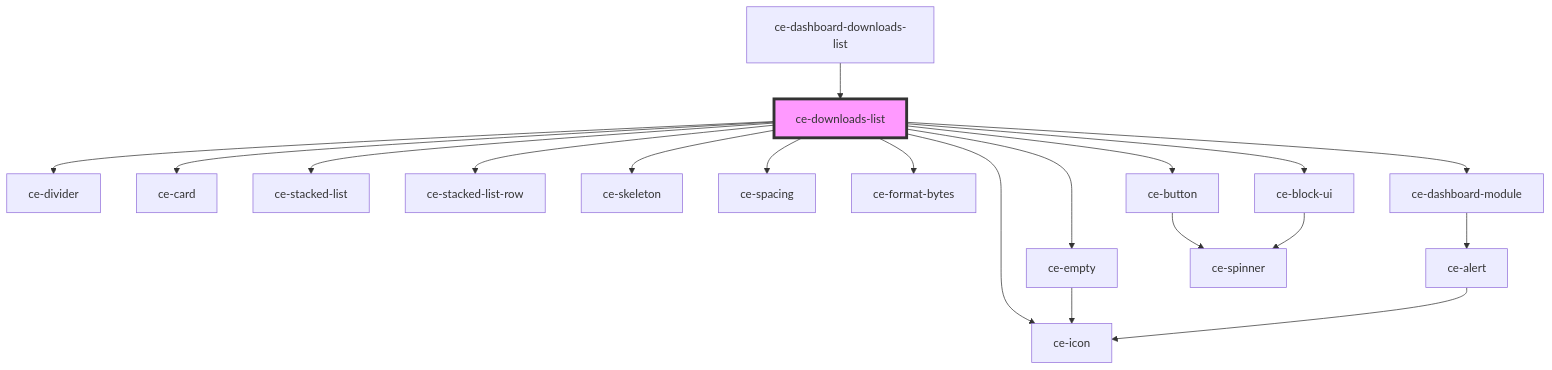
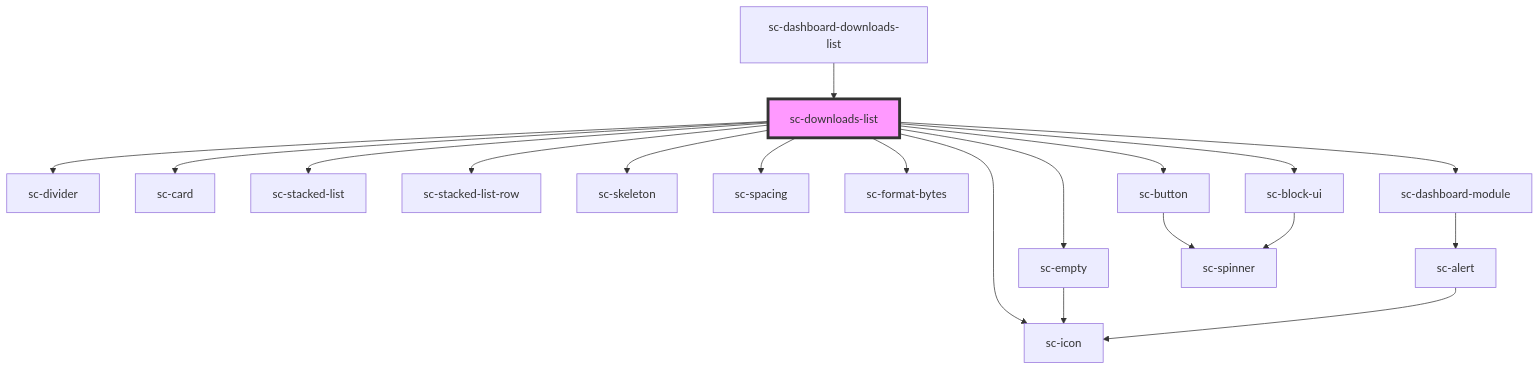
One commit to surecart/surecart-wp-plugin changed the diagram in packages/components/src/components/ui/downloads-list/readme.md. Above: the diagram before and after it, drawn with Mermaid. The commit also changed other lines of this file and 1281 other files, not shown here.

````diff
--- a/packages/components/src/components/ui/downloads-list/readme.md
+++ b/packages/components/src/components/ui/downloads-list/readme.md
@@ -43,22 +43,22 @@
 ```mermaid
 graph TD;
-  ce-downloads-list --> ce-divider
-  ce-downloads-list --> ce-empty
-  ce-downloads-list --> ce-card
-  ce-downloads-list --> ce-stacked-list
-  ce-downloads-list --> ce-stacked-list-row
-  ce-downloads-list --> ce-skeleton
-  ce-downloads-list --> ce-spacing
-  ce-downloads-list --> ce-format-bytes
-  ce-downloads-list --> ce-icon
-  ce-downloads-list --> ce-dashboard-module
-  ce-downloads-list --> ce-button
-  ce-downloads-list --> ce-block-ui
-  ce-empty --> ce-icon
-  ce-dashboard-module --> ce-alert
-  ce-alert --> ce-icon
-  ce-button --> ce-spinner
-  ce-block-ui --> ce-spinner
-  ce-dashboard-downloads-list --> ce-downloads-list
-  style ce-downloads-list fill:#f9f,stroke:#333,stroke-width:4px
+  sc-downloads-list --> sc-divider
+  sc-downloads-list --> sc-empty
+  sc-downloads-list --> sc-card
+  sc-downloads-list --> sc-stacked-list
+  sc-downloads-list --> sc-stacked-list-row
+  sc-downloads-list --> sc-skeleton
+  sc-downloads-list --> sc-spacing
+  sc-downloads-list --> sc-format-bytes
+  sc-downloads-list --> sc-icon
+  sc-downloads-list --> sc-dashboard-module
+  sc-downloads-list --> sc-button
+  sc-downloads-list --> sc-block-ui
+  sc-empty --> sc-icon
+  sc-dashboard-module --> sc-alert
+  sc-alert --> sc-icon
+  sc-button --> sc-spinner
+  sc-block-ui --> sc-spinner
+  sc-dashboard-downloads-list --> sc-downloads-list
+  style sc-downloads-list fill:#f9f,stroke:#333,stroke-width:4px
 ```
````
